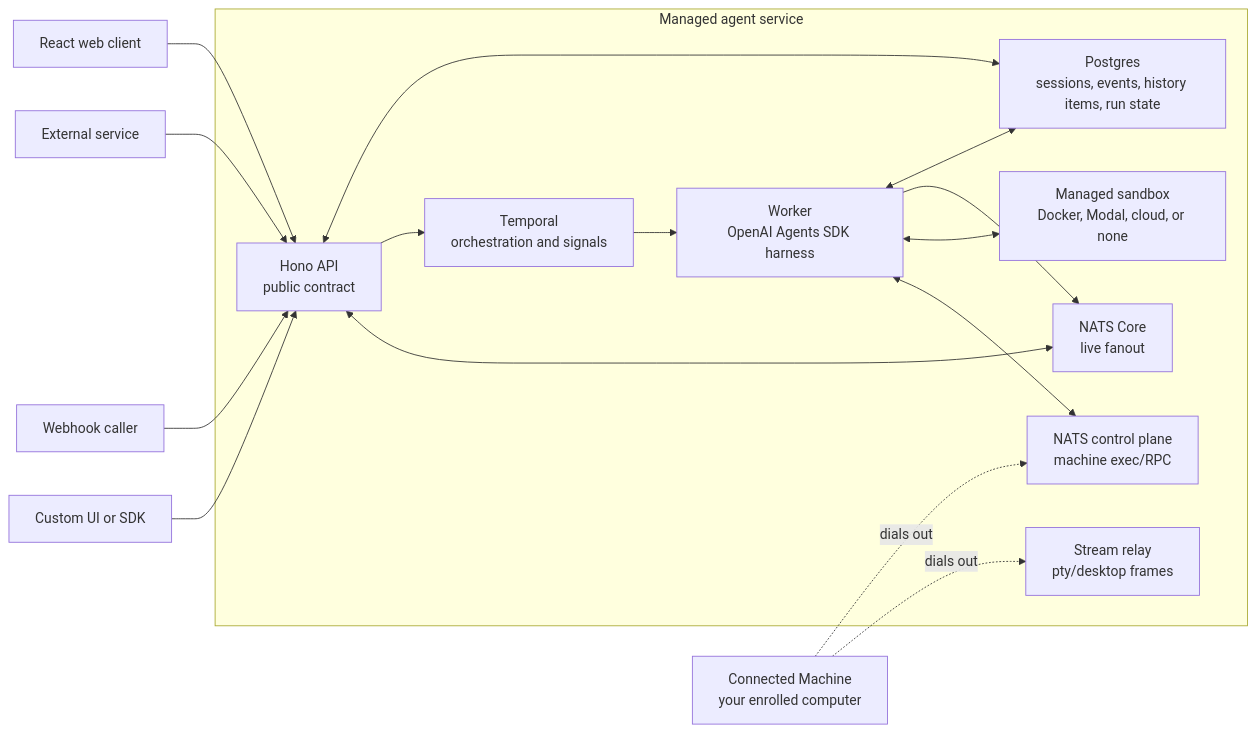
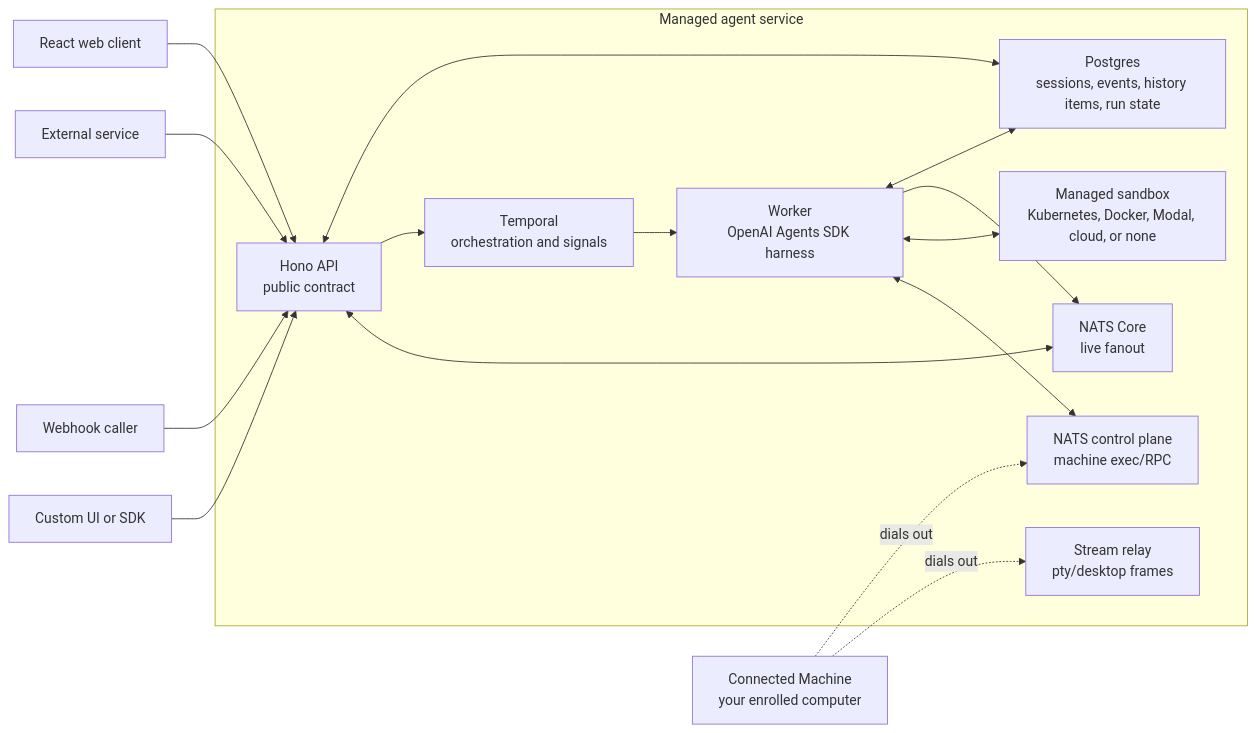
Before and after one commit to Cloudgeni-ai/opengeni: the diagram in README.md, drawn with Mermaid. The commit also changed other lines of this file and 46 other files, not shown here.

Commit message:
feat(sandbox): add Kubernetes backend handoff

````diff
--- a/README.md
+++ b/README.md
@@ -67,35 +67,35 @@
 ```mermaid
 flowchart LR
   Web["React web client"]
   Service["External service"]
   Webhook["Webhook caller"]
   CustomUI["Custom UI or SDK"]
 
   subgraph Managed["Managed agent service"]
     API["Hono API<br/>public contract"]
     DB["Postgres<br/>sessions, events, history items, run state"]
     Temporal["Temporal<br/>orchestration and signals"]
     Worker["Worker<br/>OpenAI Agents SDK harness"]
     NATS["NATS Core<br/>live fanout"]
     Control["NATS control plane<br/>machine exec/RPC"]
     Relay["Stream relay<br/>pty/desktop frames"]
-    Sandbox["Managed sandbox<br/>Docker, Modal, cloud, or none"]
+    Sandbox["Managed sandbox<br/>Kubernetes, Docker, Modal, cloud, or none"]
   end
 
   Machine["Connected Machine<br/>your enrolled computer"]
 
   Web --> API
   Service --> API
   Webhook --> API
   CustomUI --> API
   API <--> DB
   API --> Temporal
   API <--> NATS
   Temporal --> Worker
   Worker <--> DB
   Worker --> NATS
   Worker <--> Sandbox
   Worker <--> Control
   Machine -. dials out .-> Control
   Machine -. dials out .-> Relay
 ```
````
